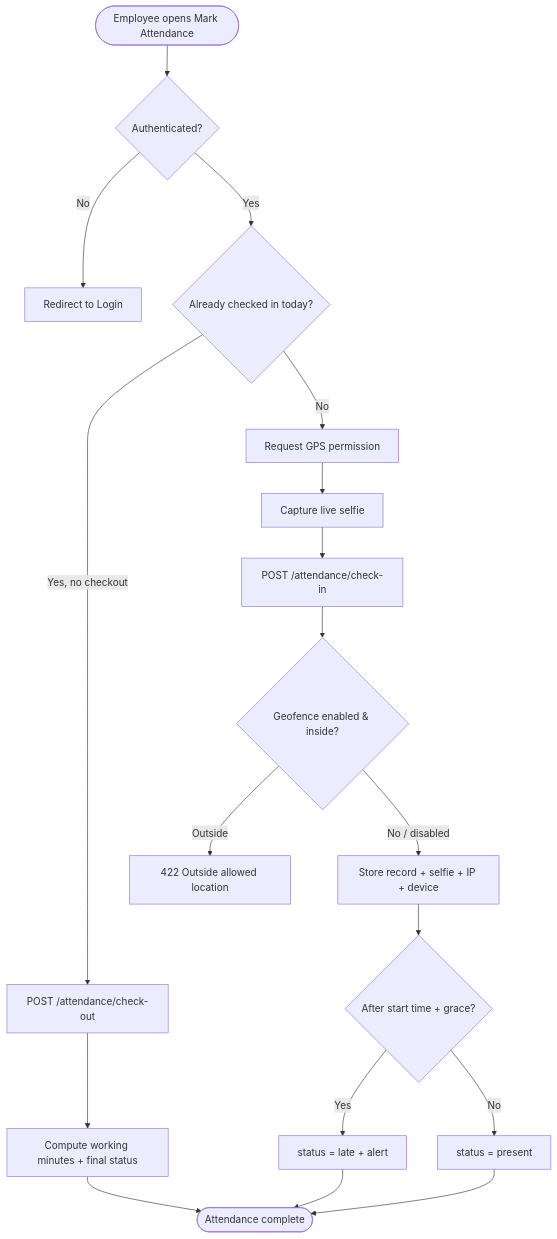
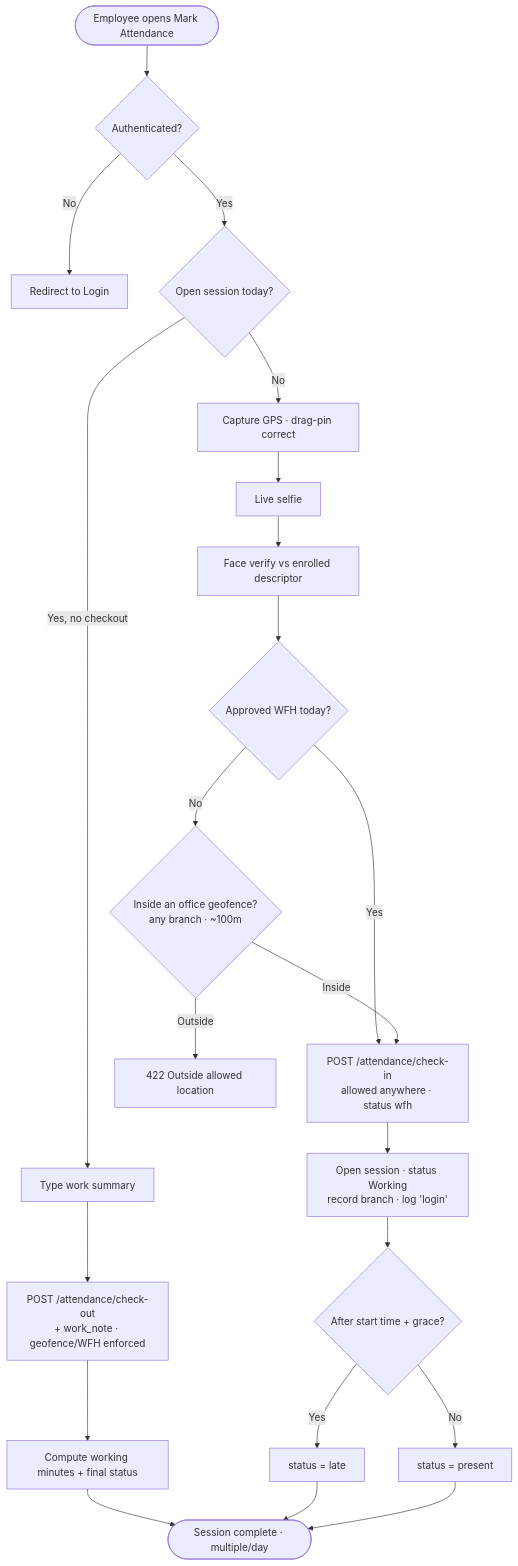
One commit to anantha-ctrl/GeoAttendPro changed the third of 6 diagrams in docs/02-architecture.md. Above: the diagram before and after it, drawn with Mermaid. The commit also changed other lines of this file and 59 other files, not shown here.

````diff
--- a/docs/02-architecture.md
+++ b/docs/02-architecture.md
@@ -56,20 +56,24 @@
 ```mermaid
 flowchart TD
     Start([Employee opens Mark Attendance]) --> Auth{Authenticated?}
     Auth -- No --> Login[Redirect to Login]
-    Auth -- Yes --> Today{Already checked in today?}
-    Today -- No --> GPS[Request GPS permission]
-    GPS --> Selfie[Capture live selfie]
-    Selfie --> CIn[POST /attendance/check-in]
-    CIn --> Fence{Geofence enabled & inside?}
-    Fence -- No / disabled --> Save[Store record + selfie + IP + device]
+    Auth -- Yes --> Open{Open session today?}
+    Open -- No --> GPS[Capture GPS · drag-pin correct]
+    GPS --> Selfie[Live selfie]
+    Selfie --> Face[Face verify vs enrolled descriptor]
+    Face --> WFH{Approved WFH today?}
+    WFH -- Yes --> CIn[POST /attendance/check-in<br/>allowed anywhere · status wfh]
+    WFH -- No --> Fence{Inside an office geofence?<br/>any branch · ~100m}
     Fence -- Outside --> Reject[422 Outside allowed location]
+    Fence -- Inside --> CIn
+    CIn --> Save[Open session · status Working<br/>record branch · log 'login']
     Save --> Late{After start time + grace?}
-    Late -- Yes --> MarkLate[status = late + alert]
+    Late -- Yes --> MarkLate[status = late]
     Late -- No --> MarkPresent[status = present]
-    Today -- Yes, no checkout --> COut[POST /attendance/check-out]
+    Open -- Yes, no checkout --> Note[Type work summary]
+    Note --> COut[POST /attendance/check-out<br/>+ work_note · geofence/WFH enforced]
     COut --> Calc[Compute working minutes + final status]
-    Calc --> Done([Attendance complete])
+    Calc --> Done([Session complete · multiple/day])
     MarkLate --> Done
     MarkPresent --> Done
 ```
````
